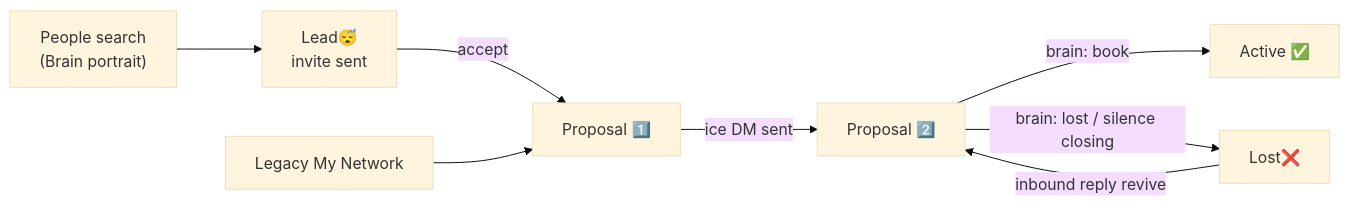
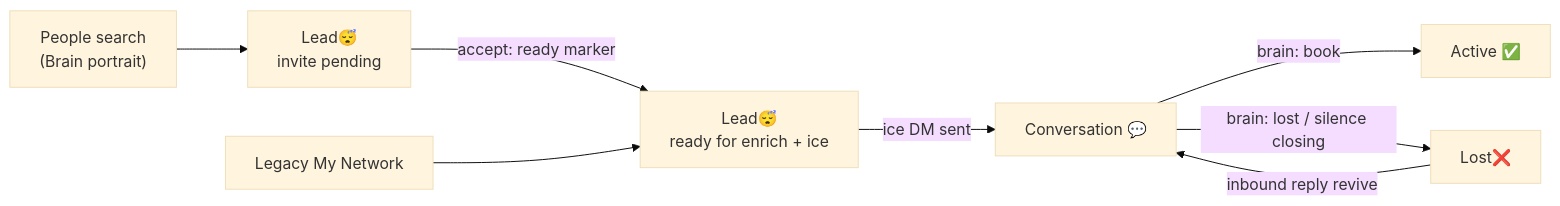
The diagram in OVERVIEW.md (waffiman/H.A.L.O.), drawn with Mermaid (base theme) before and after one commit. The commit also changed other lines of this file and 10 other files, not shown here.

First line of the commit message:
Add Mermaid architecture docs and fix stale OVERVIEW status diagram.

````diff
--- a/OVERVIEW.md
+++ b/OVERVIEW.md
@@ -90,10 +97,10 @@
 ```mermaid
 flowchart LR
-  Search["People search<br/>(Brain portrait)"] --> Lead["Lead😴<br/>invite sent"]
-  Lead -->|accept| P1["Proposal 1️⃣"]
-  Conn["Legacy My Network"] --> P1
-  P1 -->|ice DM sent| P2["Proposal 2️⃣"]
-  P2 -->|brain: book| Active["Active ✅"]
-  P2 -->|brain: lost / silence closing| Lost["Lost❌"]
-  Lost -->|inbound reply revive| P2
+  Search["People search<br/>(Brain portrait)"] --> Lead["Lead😴<br/>invite pending"]
+  Lead -->|accept: ready marker| Ready["Lead😴<br/>ready for enrich + ice"]
+  Conn["Legacy My Network"] --> Ready
+  Ready -->|ice DM sent| Conv["Conversation 💬"]
+  Conv -->|brain: book| Active["Active ✅"]
+  Conv -->|brain: lost / silence closing| Lost["Lost❌"]
+  Lost -->|inbound reply revive| Conv
 ```
````
